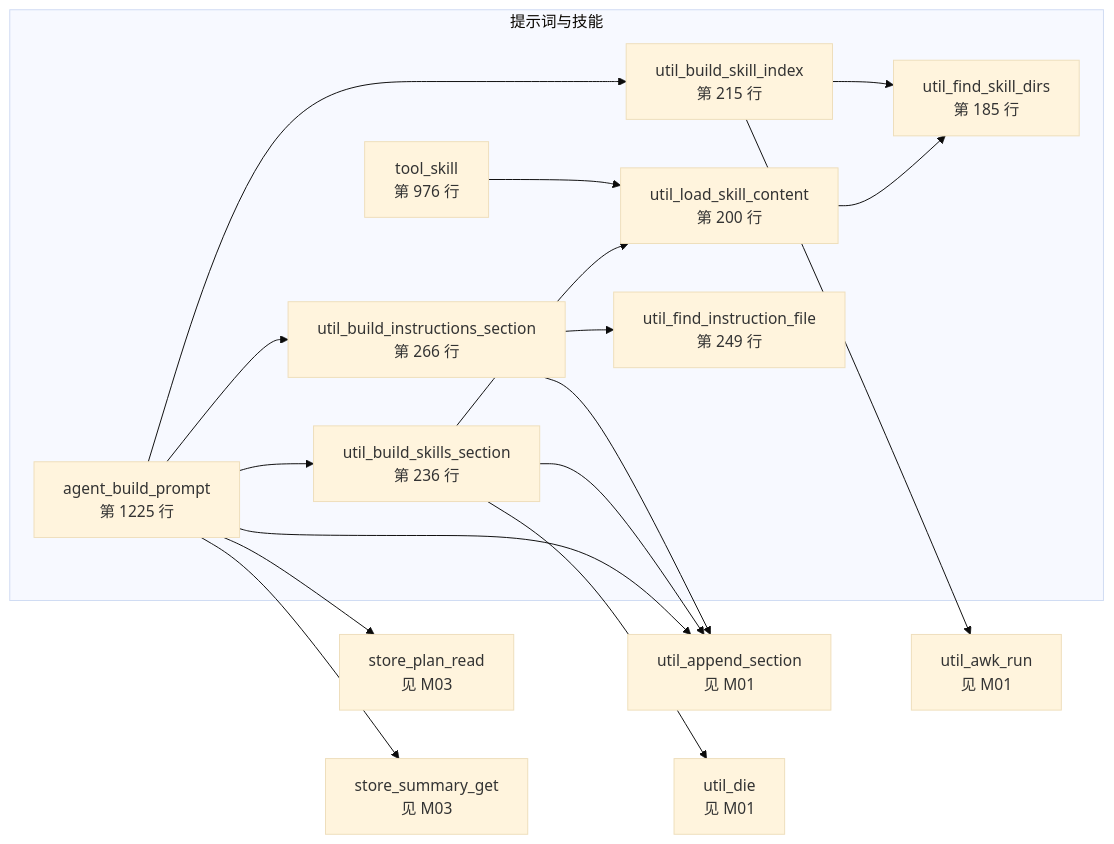
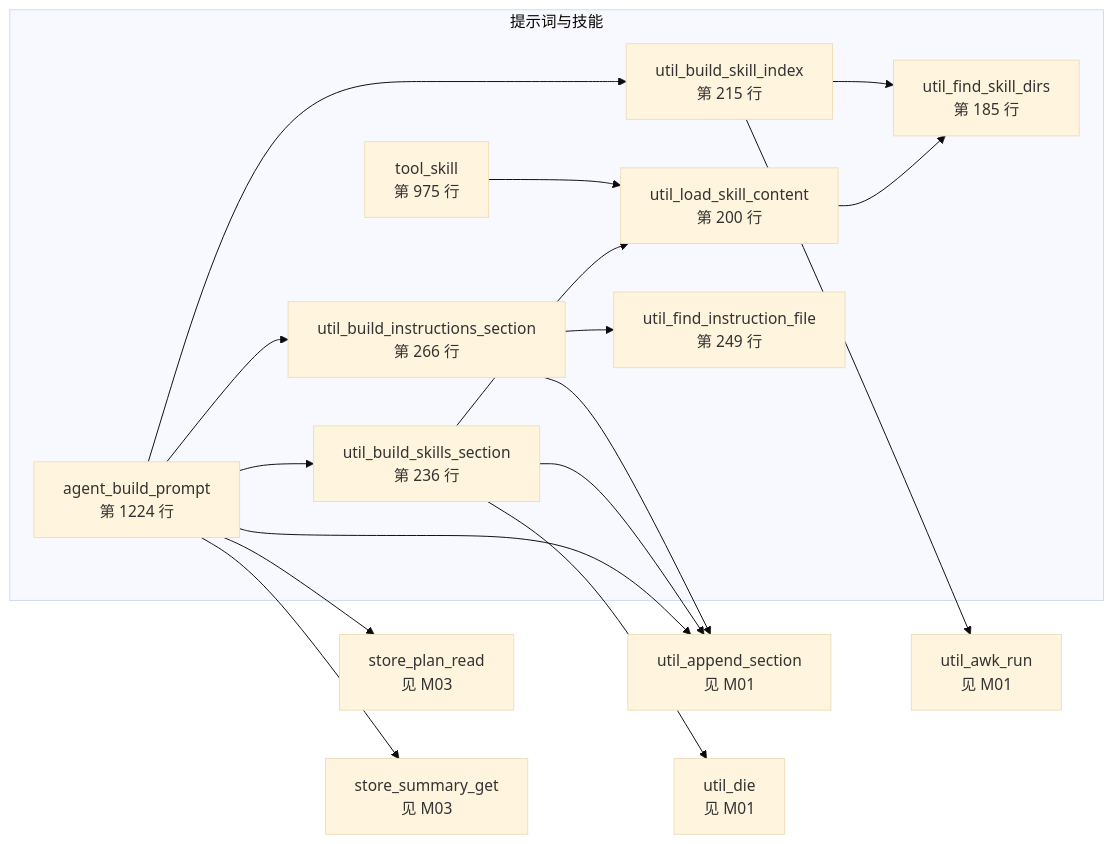
The sixth of 15 diagrams in docs/bash-data-flow.md (lloydzhou/bash-agent), drawn with Mermaid (base theme) before and after one commit. The commit also changed other lines of this file and 1 other file, not shown here.

````diff
--- a/docs/bash-data-flow.md
+++ b/docs/bash-data-flow.md
@@ -220,33 +220,33 @@
 ```mermaid
 flowchart LR
   subgraph mod_4["提示词与技能"]
-    f_agent_build_prompt["agent_build_prompt<br/>第 1225 行"]
+    f_agent_build_prompt["agent_build_prompt<br/>第 1224 行"]
     f_util_find_skill_dirs["util_find_skill_dirs<br/>第 185 行"]
     f_util_load_skill_content["util_load_skill_content<br/>第 200 行"]
     f_util_build_skill_index["util_build_skill_index<br/>第 215 行"]
     f_util_build_skills_section["util_build_skills_section<br/>第 236 行"]
     f_util_find_instruction_file["util_find_instruction_file<br/>第 249 行"]
     f_util_build_instructions_section["util_build_instructions_section<br/>第 266 行"]
-    f_tool_skill["tool_skill<br/>第 976 行"]
+    f_tool_skill["tool_skill<br/>第 975 行"]
   end
   f_store_plan_read["store_plan_read<br/>见 M03"]
   f_store_summary_get["store_summary_get<br/>见 M03"]
   f_util_append_section["util_append_section<br/>见 M01"]
   f_util_awk_run["util_awk_run<br/>见 M01"]
   f_util_die["util_die<br/>见 M01"]
   f_agent_build_prompt --> f_util_build_instructions_section
   f_agent_build_prompt --> f_util_build_skill_index
   f_agent_build_prompt --> f_util_build_skills_section
   f_agent_build_prompt --> f_store_plan_read
   f_agent_build_prompt --> f_store_summary_get
   f_agent_build_prompt --> f_util_append_section
   f_util_load_skill_content --> f_util_find_skill_dirs
   f_util_build_skill_index --> f_util_find_skill_dirs
   f_util_build_skill_index --> f_util_awk_run
   f_util_build_skills_section --> f_util_load_skill_content
   f_util_build_skills_section --> f_util_die
   f_util_build_skills_section --> f_util_append_section
   f_util_build_instructions_section --> f_util_find_instruction_file
   f_util_build_instructions_section --> f_util_append_section
   f_tool_skill --> f_util_load_skill_content
 ```
````
